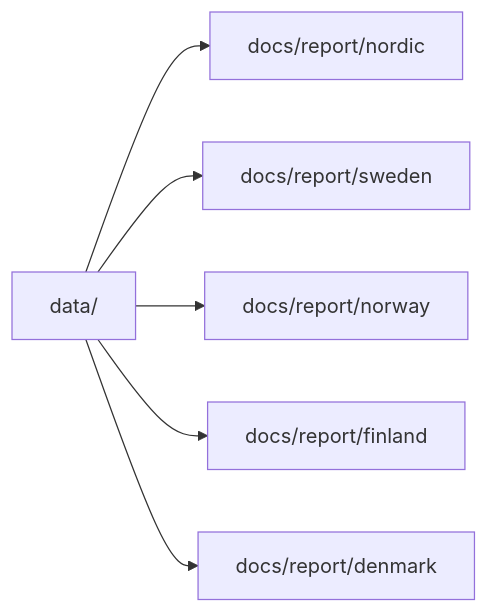
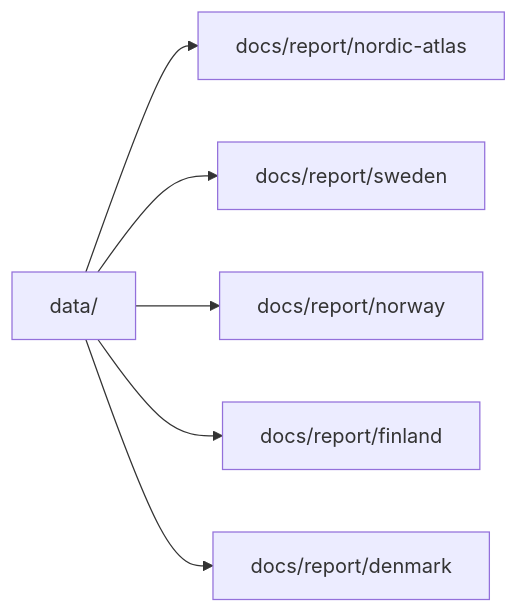
The diagram in docs/workflows/publish-report-artifacts.md (bijux/bijux-pollenomics), drawn with Mermaid before and after one commit. The commit also changed other lines of this file and 4 other files, not shown here.

````diff
--- a/docs/workflows/publish-report-artifacts.md
+++ b/docs/workflows/publish-report-artifacts.md
@@ -70,8 +80,8 @@
 ```mermaid
 flowchart LR
-    Data[data/] --> SharedMap[docs/report/nordic]
+    Data[data/] --> SharedMap[docs/report/nordic-atlas]
     Data --> Sweden[docs/report/sweden]
     Data --> Norway[docs/report/norway]
     Data --> Finland[docs/report/finland]
     Data --> Denmark[docs/report/denmark]
 ```
````
